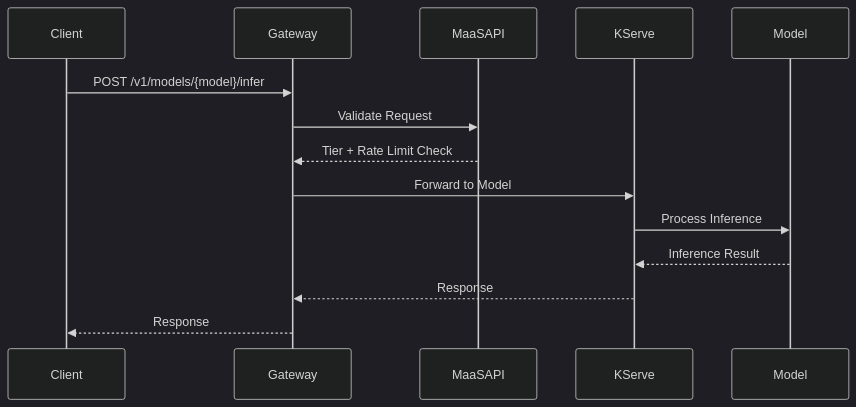
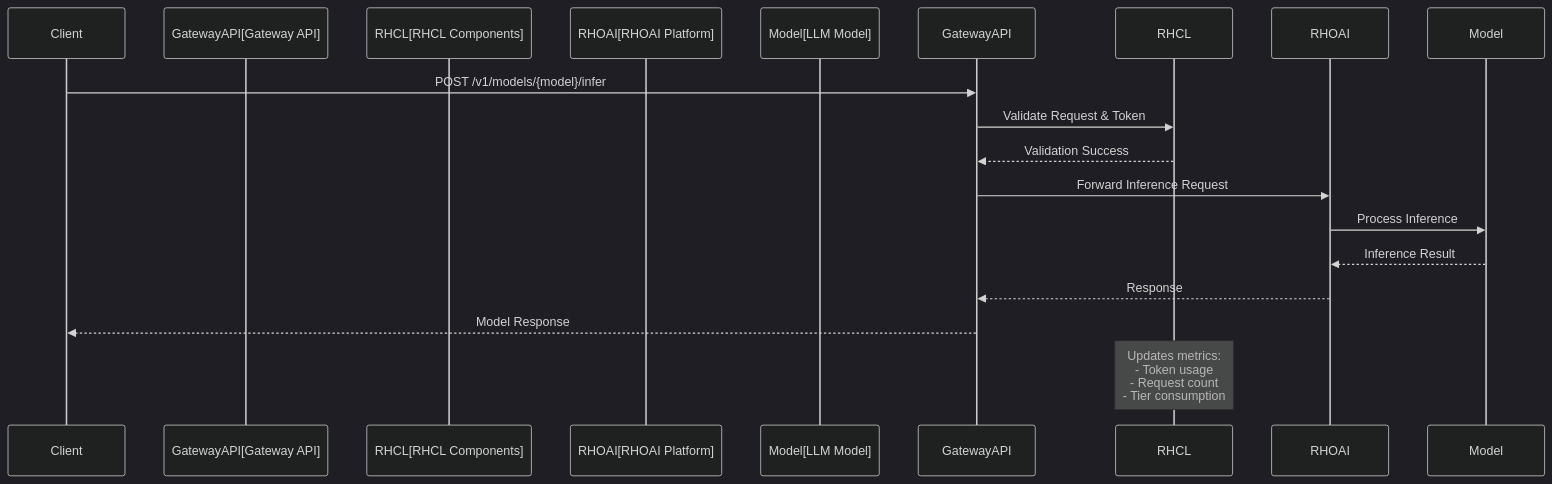
The sixth of 6 diagrams in docs/content/architecture.md (yossiovadia/maas-billing), drawn with Mermaid (dark theme) before and after one commit. The commit also changed other lines of this file, not shown here.

Commit message:
Updating architecture diagrams (#174)

````diff
--- a/docs/content/architecture.md
+++ b/docs/content/architecture.md
@@ -104,17 +260,19 @@
 ```mermaid
 sequenceDiagram
     participant Client
-    participant Gateway
-    participant MaaSAPI
-    participant KServe
-    participant Model
+    participant GatewayAPI[Gateway API]
+    participant RHCL[RHCL Components]
+    participant RHOAI[RHOAI Platform]
+    participant Model[LLM Model]
     
-    Client->>Gateway: POST /v1/models/{model}/infer
-    Gateway->>MaaSAPI: Validate Request
-    MaaSAPI-->>Gateway: Tier + Rate Limit Check
-    Gateway->>KServe: Forward to Model
-    KServe->>Model: Process Inference
-    Model-->>KServe: Inference Result
-    KServe-->>Gateway: Response
-    Gateway-->>Client: Response
+    Client->>GatewayAPI: POST /v1/models/{model}/infer
+    GatewayAPI->>RHCL: Validate Request & Token
+    RHCL-->>GatewayAPI: Validation Success
+    GatewayAPI->>RHOAI: Forward Inference Request
+    RHOAI->>Model: Process Inference
+    Model-->>RHOAI: Inference Result
+    RHOAI-->>GatewayAPI: Response
+    GatewayAPI-->>Client: Model Response
+    
+    Note over RHCL: Updates metrics:<br/>- Token usage<br/>- Request count<br/>- Tier consumption
 ```
````
